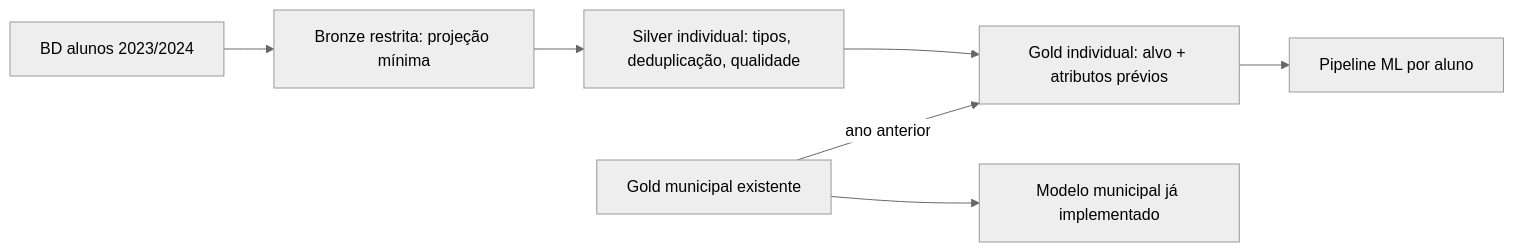
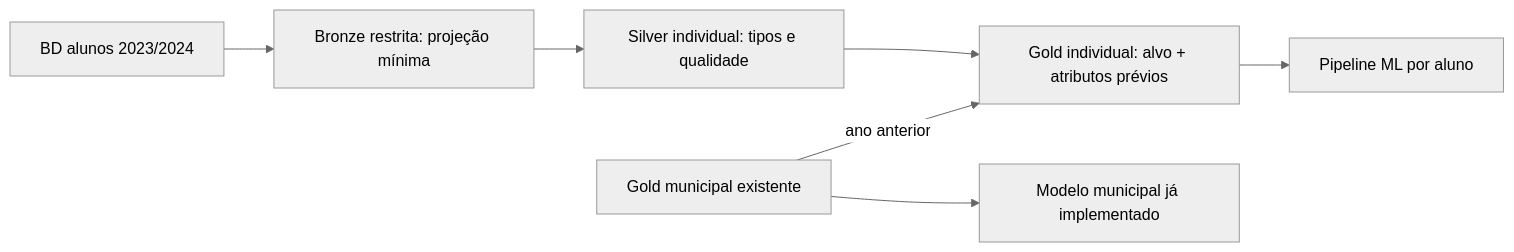
One commit to gabriel-duarte-martins/FIAP-AISCIENTIST-TECH-CHALLENGE-3 changed the diagram in docs/arquitetura_gold_fase3.md. Above: the diagram before and after it, drawn with Mermaid (neutral theme). The commit also changed other lines of this file and 47 other files, not shown here.

````diff
--- a/docs/arquitetura_gold_fase3.md
+++ b/docs/arquitetura_gold_fase3.md
@@ -9,9 +9,9 @@
 ```mermaid
 flowchart LR
   A[BD alunos 2023/2024] --> B[Bronze restrita: projeção mínima]
-  B --> C[Silver individual: tipos, deduplicação, qualidade]
+  B --> C[Silver individual: tipos e qualidade]
   C --> D[Gold individual: alvo + atributos prévios]
   M[Gold municipal existente] -->|ano anterior| D
   D --> E[Pipeline ML por aluno]
   M --> F[Modelo municipal já implementado]
 ```
````
